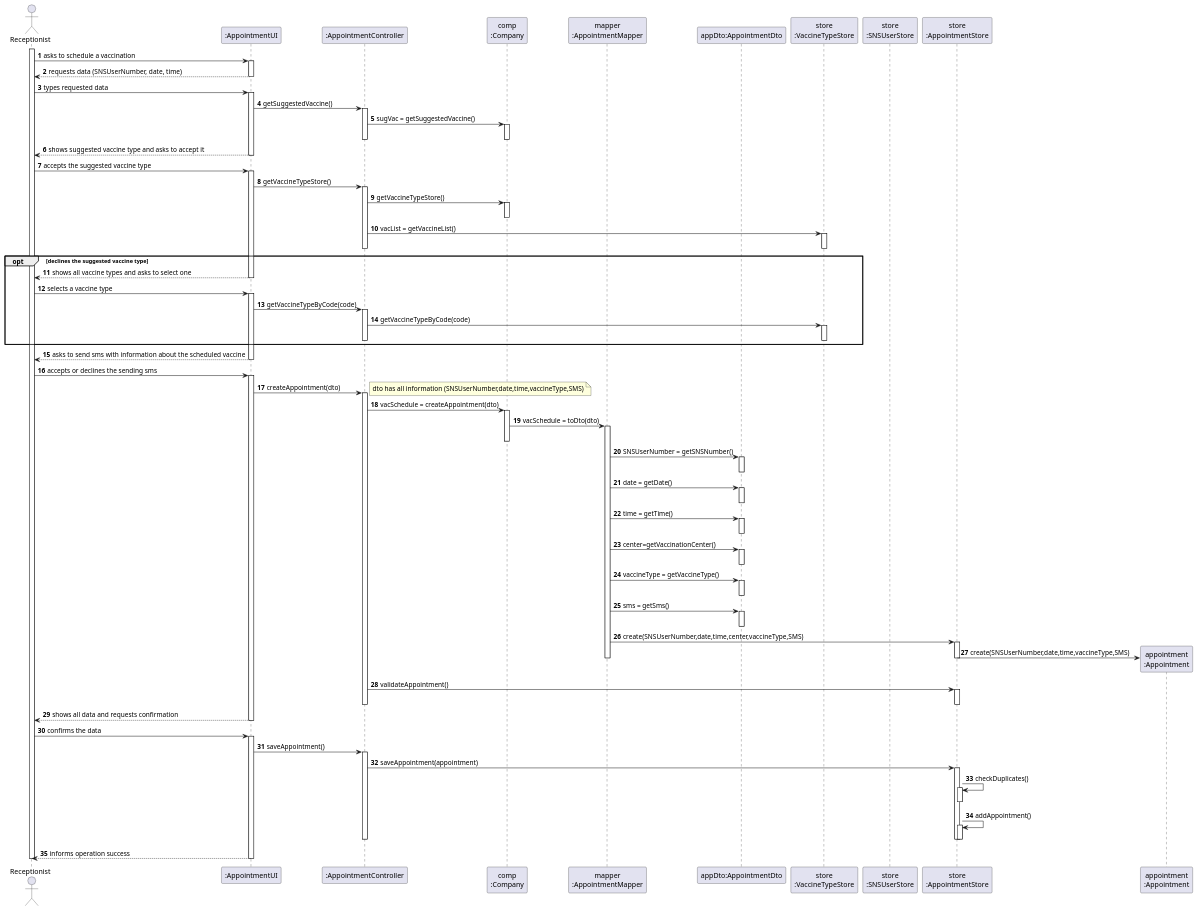
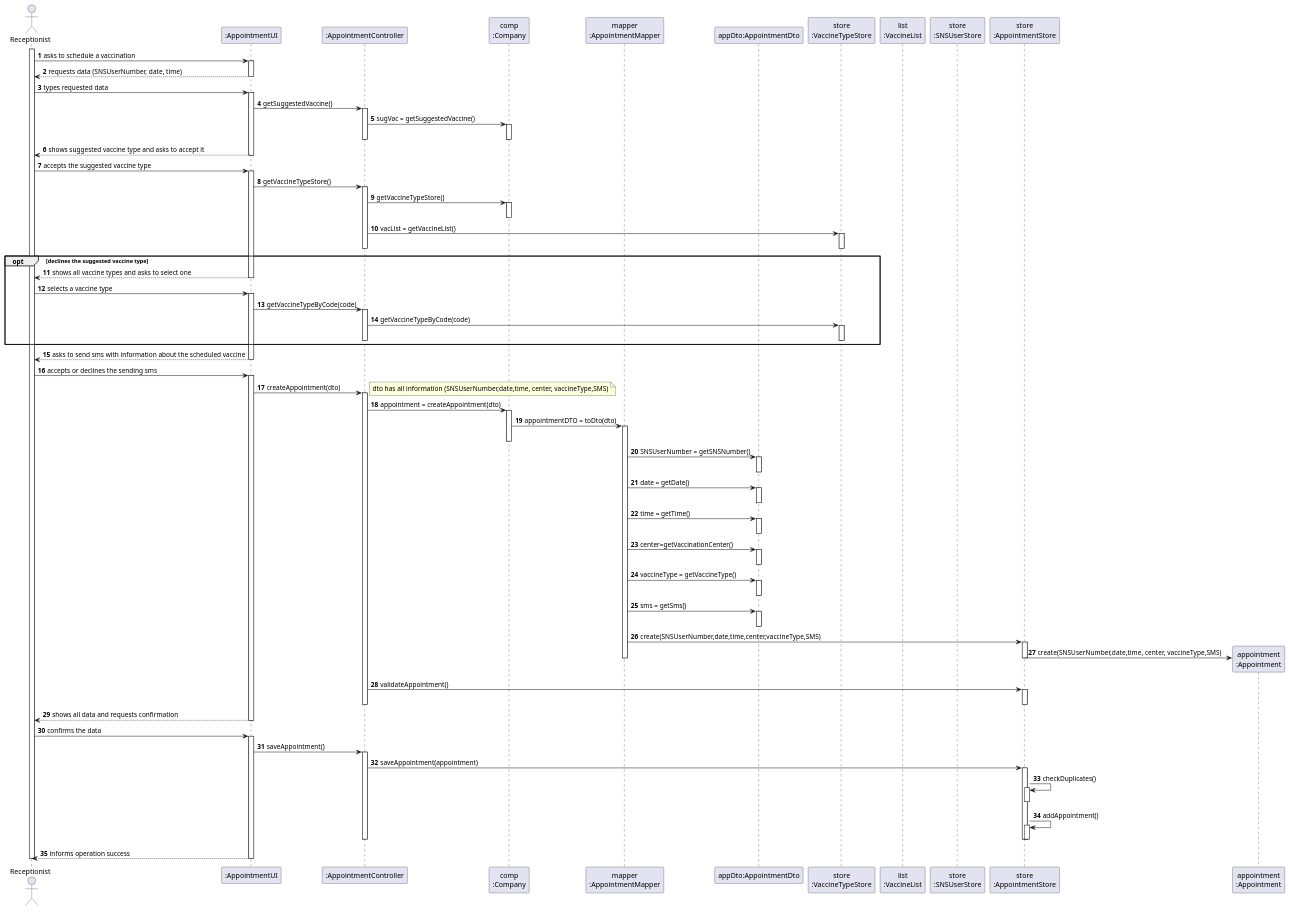
One commit to miseEnPlace-i/lapr2 changed the diagram in docs/SprintC/US02/SD/US02_SD.puml. Above: the diagram before and after it, drawn with PlantUML.

Commit message:
docs(US02): added Vaccine list to SD, updated appointment data

```diff
--- a/docs/SprintC/US02/SD/US02_SD.puml
+++ b/docs/SprintC/US02/SD/US02_SD.puml
@@ -1,152 +1,152 @@
 @startuml US02_SD
 autonumber
 'hide footbox
 actor "Receptionist" as RECEPT
 
 participant ":AppointmentUI" as UI
 participant ":AppointmentController" as CTRL
 participant "comp\n:Company" as COMP
 participant "mapper\n:AppointmentMapper" as MAPPER
 participant "appDto:AppointmentDto" as DTO
 participant "store\n:VaccineTypeStore" as VACSTORE
+participant "list\n:VaccineList"
 participant "store\n:SNSUserStore" as SNSSTORE
 participant "store\n:AppointmentStore" as APPSTORE
 participant "appointment\n:Appointment" as APPOINT
 
 activate RECEPT
 RECEPT -> UI : asks to schedule a vaccination
 activate UI
 
 UI --> RECEPT : requests data (SNSUserNumber, date, time)
 deactivate UI
 
 RECEPT -> UI : types requested data
 activate UI
 
 UI -> CTRL : getSuggestedVaccine()
 activate CTRL
 
 CTRL -> COMP : sugVac = getSuggestedVaccine()
 activate COMP
 deactivate CTRL
 deactivate COMP
 
 UI --> RECEPT : shows suggested vaccine type and asks to accept it
 deactivate UI
 
 RECEPT -> UI : accepts the suggested vaccine type
 activate UI
 
 UI -> CTRL : getVaccineTypeStore()
 activate CTRL
 
 CTRL -> COMP : getVaccineTypeStore()
 activate COMP
 deactivate COMP
 
 CTRL -> VACSTORE : vacList = getVaccineList()
 activate VACSTORE
 deactivate VACSTORE
 deactivate CTRL
 
 
 opt declines the suggested vaccine type
 UI --> RECEPT : shows all vaccine types and asks to select one
 deactivate UI
 
 RECEPT -> UI : selects a vaccine type
 activate UI
 
 UI -> CTRL : getVaccineTypeByCode(code)
 activate CTRL
 
 CTRL -> VACSTORE : getVaccineTypeByCode(code)
 activate VACSTORE
 deactivate VACSTORE
 deactivate CTRL
 end
 
 UI --> RECEPT : asks to send sms with information about the scheduled vaccine
 deactivate UI
 RECEPT -> UI : accepts or declines the sending sms
 activate UI
 
 UI -> CTRL : createAppointment(dto)
 activate CTRL
 
 note right 
-dto has all information (SNSUserNumber,date,time,vaccineType,SMS)
+dto has all information (SNSUserNumber,date,time, center, vaccineType,SMS)
 end note
-CTRL -> COMP : vacSchedule = createAppointment(dto)
+CTRL -> COMP : appointment = createAppointment(dto)
 activate COMP
 
-
-COMP -> MAPPER : vacSchedule = toDto(dto)
+COMP -> MAPPER : appointmentDTO = toDto(dto)
 activate MAPPER
 deactivate COMP
 
 MAPPER -> DTO : SNSUserNumber = getSNSNumber()
 activate DTO
 deactivate DTO
 
 MAPPER -> DTO : date = getDate()
 activate DTO
 deactivate DTO
 
 MAPPER -> DTO : time = getTime()
 activate DTO
 deactivate DTO
 
 MAPPER -> DTO : center=getVaccinationCenter()
 activate DTO
 deactivate DTO
 
 MAPPER -> DTO : vaccineType = getVaccineType()
 activate DTO
 deactivate DTO
 
 MAPPER -> DTO : sms = getSms() 
 activate DTO
 deactivate DTO
 
 
 MAPPER -> APPSTORE : create(SNSUserNumber,date,time,center,vaccineType,SMS)
 activate APPSTORE
 
-APPSTORE -> APPOINT** : create(SNSUserNumber,date,time,vaccineType,SMS)
+APPSTORE -> APPOINT** : create(SNSUserNumber,date,time, center, vaccineType,SMS)
 deactivate MAPPER
 deactivate APPSTORE
 
 CTRL -> APPSTORE : validateAppointment()
 activate APPSTORE
 deactivate CTRL
 deactivate APPSTORE
 
 
 UI --> RECEPT : shows all data and requests confirmation
 deactivate UI
 RECEPT -> UI : confirms the data
 activate UI
 
 UI -> CTRL : saveAppointment()
 activate CTRL
 
 CTRL -> APPSTORE : saveAppointment(appointment)
 activate APPSTORE
 
 APPSTORE -> APPSTORE : checkDuplicates()
 activate APPSTORE
 deactivate APPSTORE
 
 APPSTORE -> APPSTORE : addAppointment()
 activate APPSTORE
 deactivate APPSTORE
 deactivate APPSTORE
 deactivate CTRL
 
 UI --> RECEPT : informs operation success
 deactivate UI
 
 deactivate RECEPT
 
 @enduml
```
